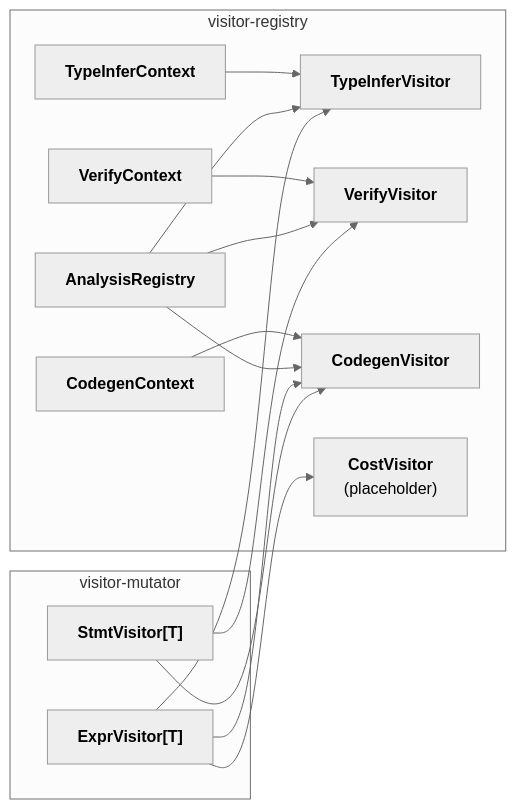
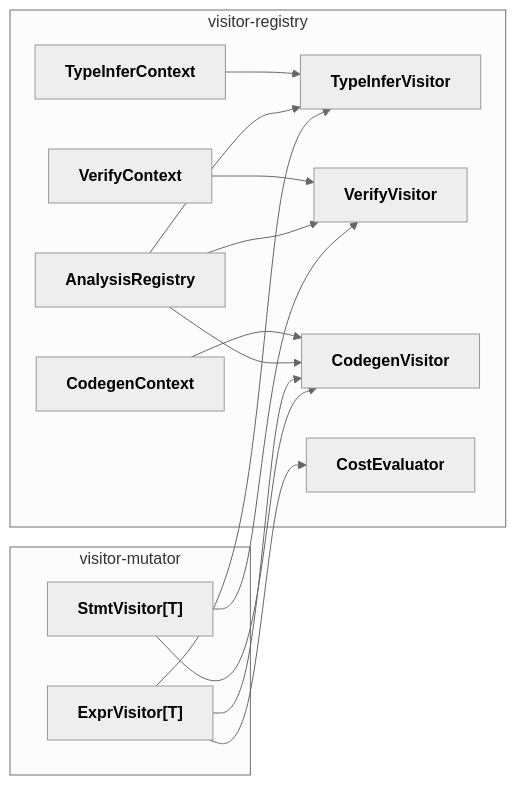
Before and after one commit to lcy-seso/TileFoundry: the diagram in docs/spec/visitor-registry.md, drawn with Mermaid (neutral theme). The commit also changed other lines of this file and 35 other files, not shown here.

````diff
--- a/docs/spec/visitor-registry.md
+++ b/docs/spec/visitor-registry.md
@@ -24,32 +24,32 @@
 ```mermaid
 flowchart LR
     subgraph framework["visitor-mutator"]
         ExprVis["<b>ExprVisitor[T]</b>"]
         StmtVis["<b>StmtVisitor[T]</b>"]
     end
 
     subgraph registry["visitor-registry"]
         Reg["<b>AnalysisRegistry</b>"]
         TypeVis["<b>TypeInferVisitor</b>"]
         VerifyVis["<b>VerifyVisitor</b>"]
         CodegenVis["<b>CodegenVisitor</b>"]
-        CostVis["<b>CostVisitor</b><br/>(placeholder)"]
+        CostVis["<b>CostEvaluator</b>"]
         TICtx["<b>TypeInferContext</b>"]
         VCtx["<b>VerifyContext</b>"]
         CCtx["<b>CodegenContext</b>"]
     end
 
     ExprVis --> TypeVis
     StmtVis --> VerifyVis
     StmtVis --> CodegenVis
     ExprVis --> CodegenVis
     ExprVis --> CostVis
 
     Reg --> TypeVis
     Reg --> VerifyVis
     Reg --> CodegenVis
 
     TICtx --> TypeVis
     VCtx --> VerifyVis
     CCtx --> CodegenVis
 ```
````
